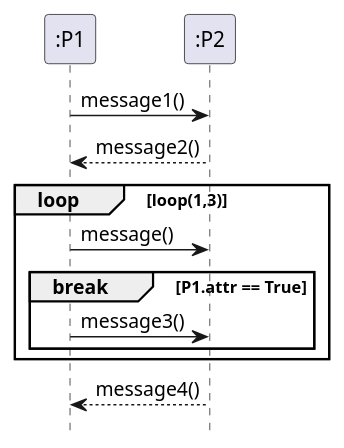
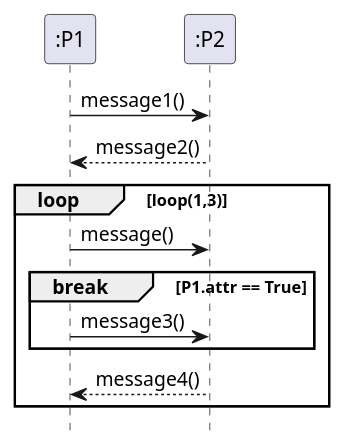
The diagram in plant_uml/breakOperatorExample.plantuml (gigl-uml/Guide_uml_polymtl), drawn with PlantUML before and after one commit. The commit also changed 23 other files, not shown here.

Commit message:
changed last diagrams and updated some paths

```diff
--- a/plant_uml/breakOperatorExample.plantuml
+++ b/plant_uml/breakOperatorExample.plantuml
@@ -1,23 +1,22 @@
 @startuml
 hide footbox
 skinparam backgroundcolor transparent
 
 participant ":P1" as P1
 participant ":P2" as P2
 
 P1 -> P2 : message1()
 P2 --> P1 : message2()
 
 loop loop(1,3)
 
   P1 -> P2 : message()
 
   break P1.attr == True
     P1 -> P2 : message3()
   end
 
+  P2 --> P1 : message4()
 end
 
-P2 --> P1 : message4()
-
 @enduml
```
